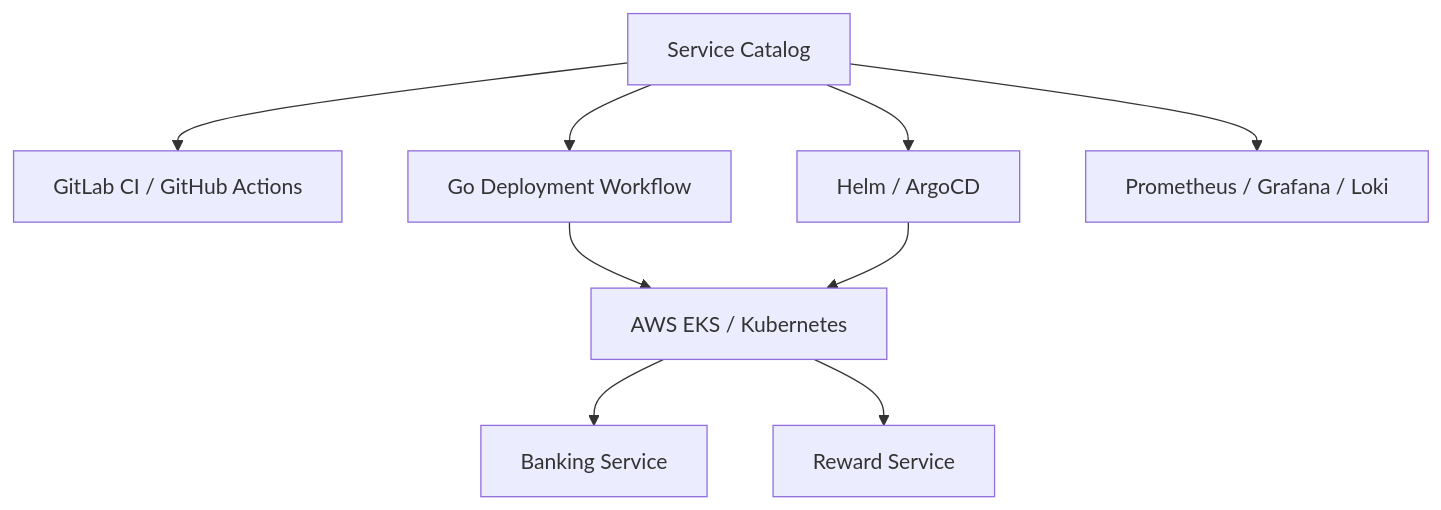
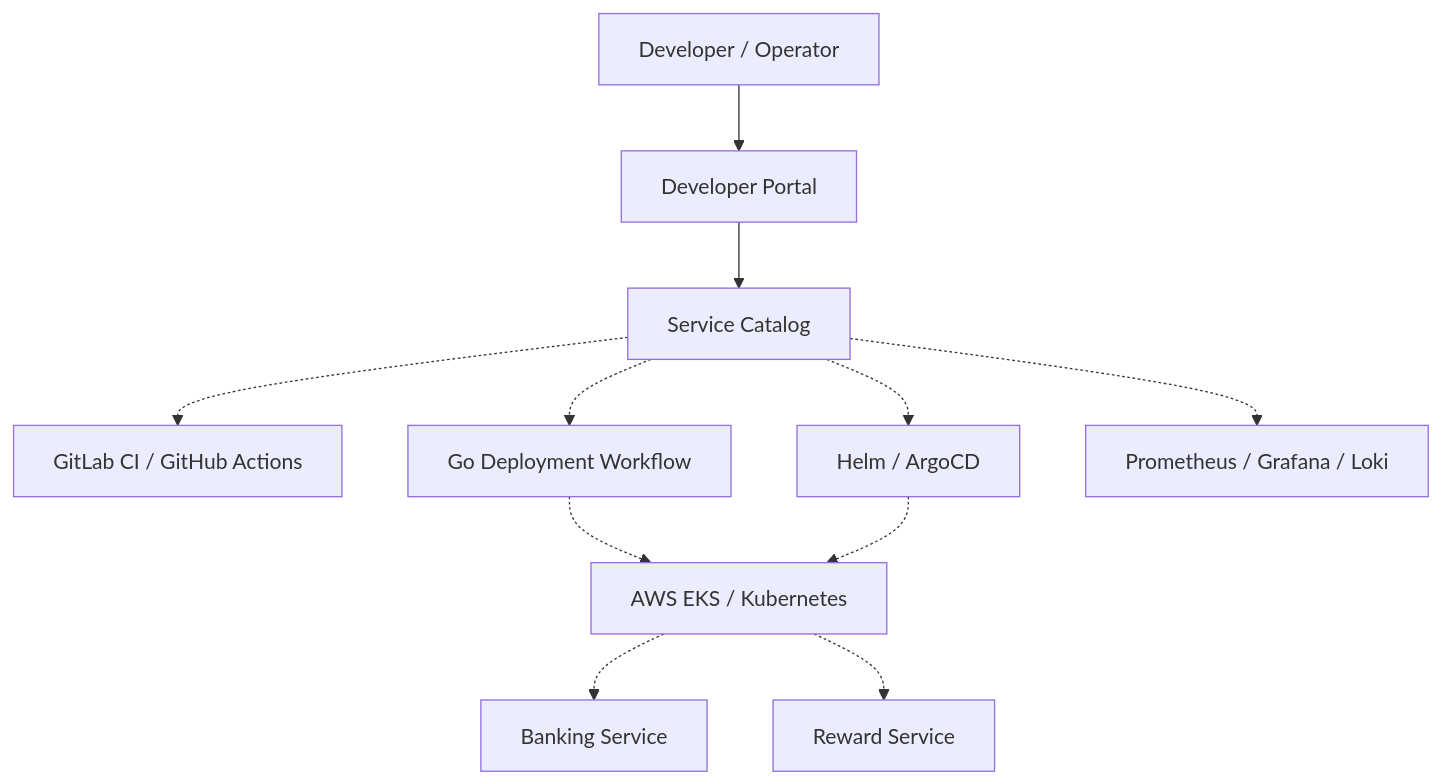
The second of 2 diagrams in docs/platform/01-developer-portal-and-service-catalog.md (yjhss/kokoabank), drawn with Mermaid before and after one commit. The commit also changed other lines of this file, not shown here.

````diff
--- a/docs/platform/01-developer-portal-and-service-catalog.md
+++ b/docs/platform/01-developer-portal-and-service-catalog.md
@@ -81,15 +86,20 @@
 ```mermaid
-flowchart TD
+flowchart TB
+    Developer["Developer / Operator"]
+    Portal["Developer Portal"]
     Catalog["Service Catalog"]
 
-    Catalog --> Pipeline["GitLab CI / GitHub Actions"]
-    Catalog --> Workflow["Go Deployment Workflow"]
-    Catalog --> GitOps["Helm / ArgoCD"]
-    Catalog --> Observability["Prometheus / Grafana / Loki"]
+    Developer --> Portal
+    Portal --> Catalog
 
-    Workflow --> Kubernetes["AWS EKS / Kubernetes"]
-    GitOps --> Kubernetes
+    Catalog -.-> CI["GitLab CI / GitHub Actions"]
+    Catalog -.-> Workflow["Go Deployment Workflow"]
+    Catalog -.-> GitOps["Helm / ArgoCD"]
+    Catalog -.-> Observability["Prometheus / Grafana / Loki"]
 
-    Kubernetes --> Banking["Banking Service"]
-    Kubernetes --> Reward["Reward Service"]
+    Workflow -.-> K8s["AWS EKS / Kubernetes"]
+    GitOps -.-> K8s
+
+    K8s -.-> Banking["Banking Service"]
+    K8s -.-> Reward["Reward Service"]
 ```
````
